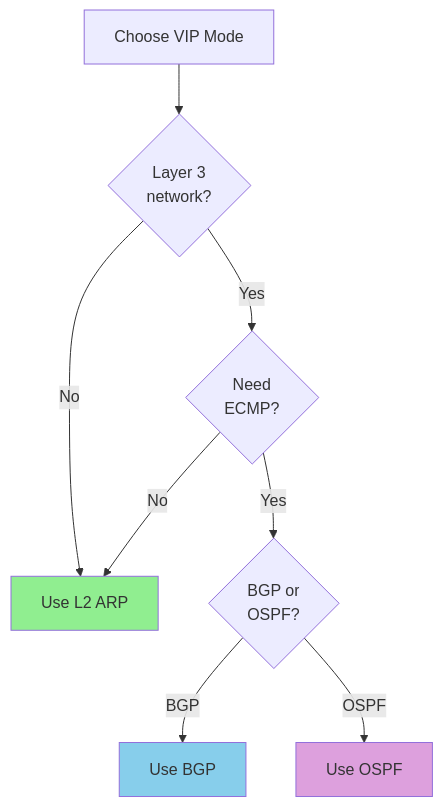
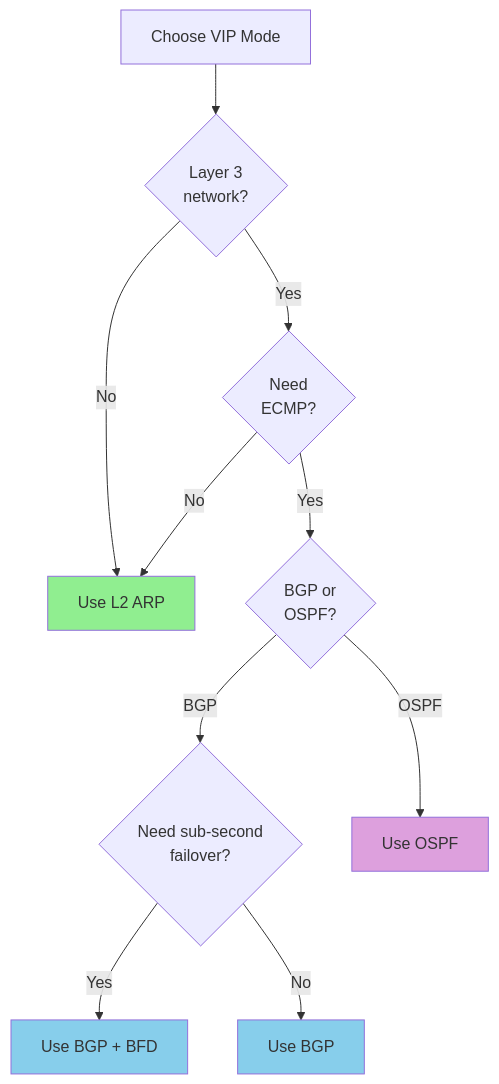
One commit to azrtydxb/novaedge changed the eighth of 8 diagrams in docs/user-guide/vip-management.md. Above: the diagram before and after it, drawn with Mermaid. The commit also changed other lines of this file and 39 other files, not shown here.

````diff
--- a/docs/user-guide/vip-management.md
+++ b/docs/user-guide/vip-management.md
@@ -277,19 +525,23 @@
 ```mermaid
 flowchart TB
     Start["Choose VIP Mode"]
     Q1{"Layer 3<br/>network?"}
     Q2{"Need<br/>ECMP?"}
     Q3{"BGP or<br/>OSPF?"}
+    Q4{"Need sub-second<br/>failover?"}
 
     Start --> Q1
     Q1 -->|No| L2["Use L2 ARP"]
     Q1 -->|Yes| Q2
     Q2 -->|No| L2
     Q2 -->|Yes| Q3
-    Q3 -->|BGP| BGP["Use BGP"]
+    Q3 -->|BGP| Q4
     Q3 -->|OSPF| OSPF["Use OSPF"]
+    Q4 -->|Yes| BFD["Use BGP + BFD"]
+    Q4 -->|No| BGP["Use BGP"]
 
     style L2 fill:#90EE90
     style BGP fill:#87CEEB
+    style BFD fill:#87CEEB
     style OSPF fill:#DDA0DD
 ```
````
